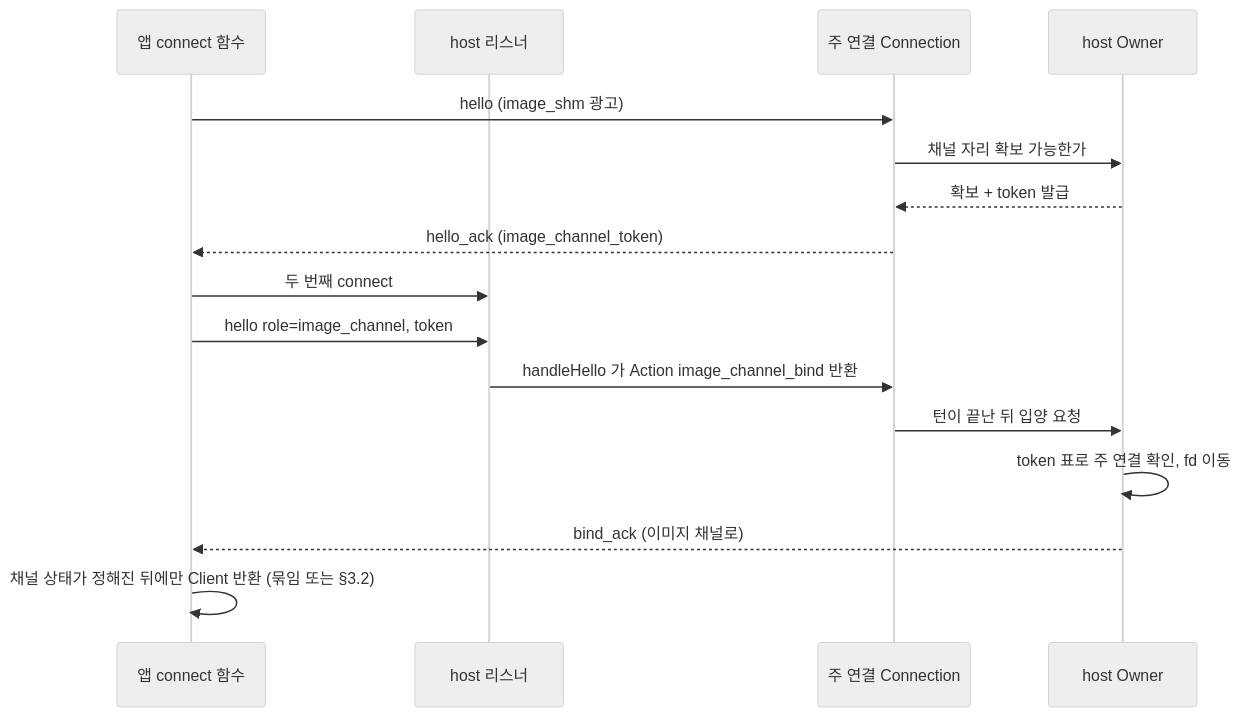
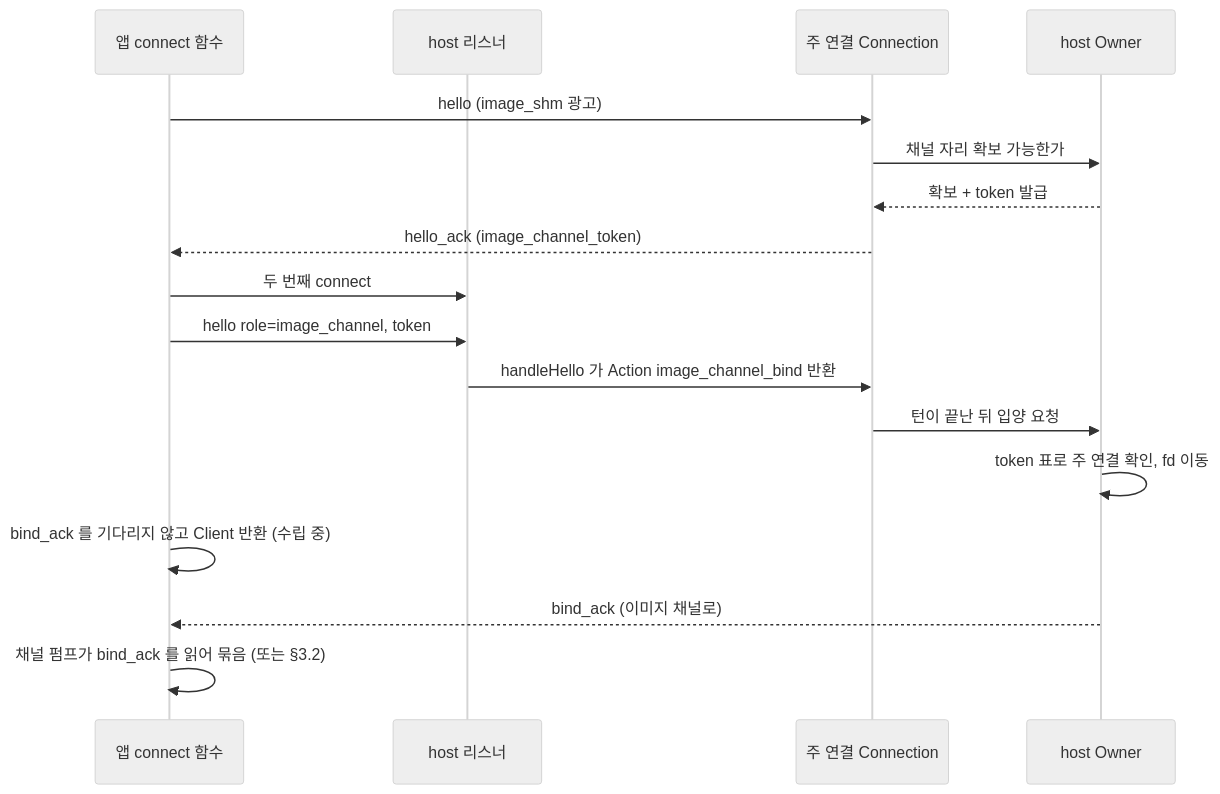
The first of 2 diagrams in docs/session-host-image-channel.md (ohah/maru), drawn with Mermaid (neutral theme) before and after one commit. The commit also changed other lines of this file and 7 other files, not shown here.

First line of the commit message:
fix(session-host): 이미지 채널 IC7b — connect 가 bind_ack 를 기다리지 않고 채널 펌프가 수립을 마친다

````diff
--- a/docs/session-host-image-channel.md
+++ b/docs/session-host-image-channel.md
@@ -48,18 +48,19 @@
 ```mermaid
 sequenceDiagram
   participant App as 앱 connect 함수
   participant L as host 리스너
   participant M as 주 연결 Connection
   participant O as host Owner
   App->>M: hello (image_shm 광고)
   M->>O: 채널 자리 확보 가능한가
   O-->>M: 확보 + token 발급
   M-->>App: hello_ack (image_channel_token)
   App->>L: 두 번째 connect
   App->>L: hello role=image_channel, token
   L->>M: handleHello 가 Action image_channel_bind 반환
   M->>O: 턴이 끝난 뒤 입양 요청
   O->>O: token 표로 주 연결 확인, fd 이동
+  App->>App: bind_ack 를 기다리지 않고 Client 반환 (수립 중)
   O-->>App: bind_ack (이미지 채널로)
-  App->>App: 채널 상태가 정해진 뒤에만 Client 반환 (묶임 또는 §3.2)
+  App->>App: 채널 펌프가 bind_ack 를 읽어 묶음 (또는 §3.2)
 ```
````
